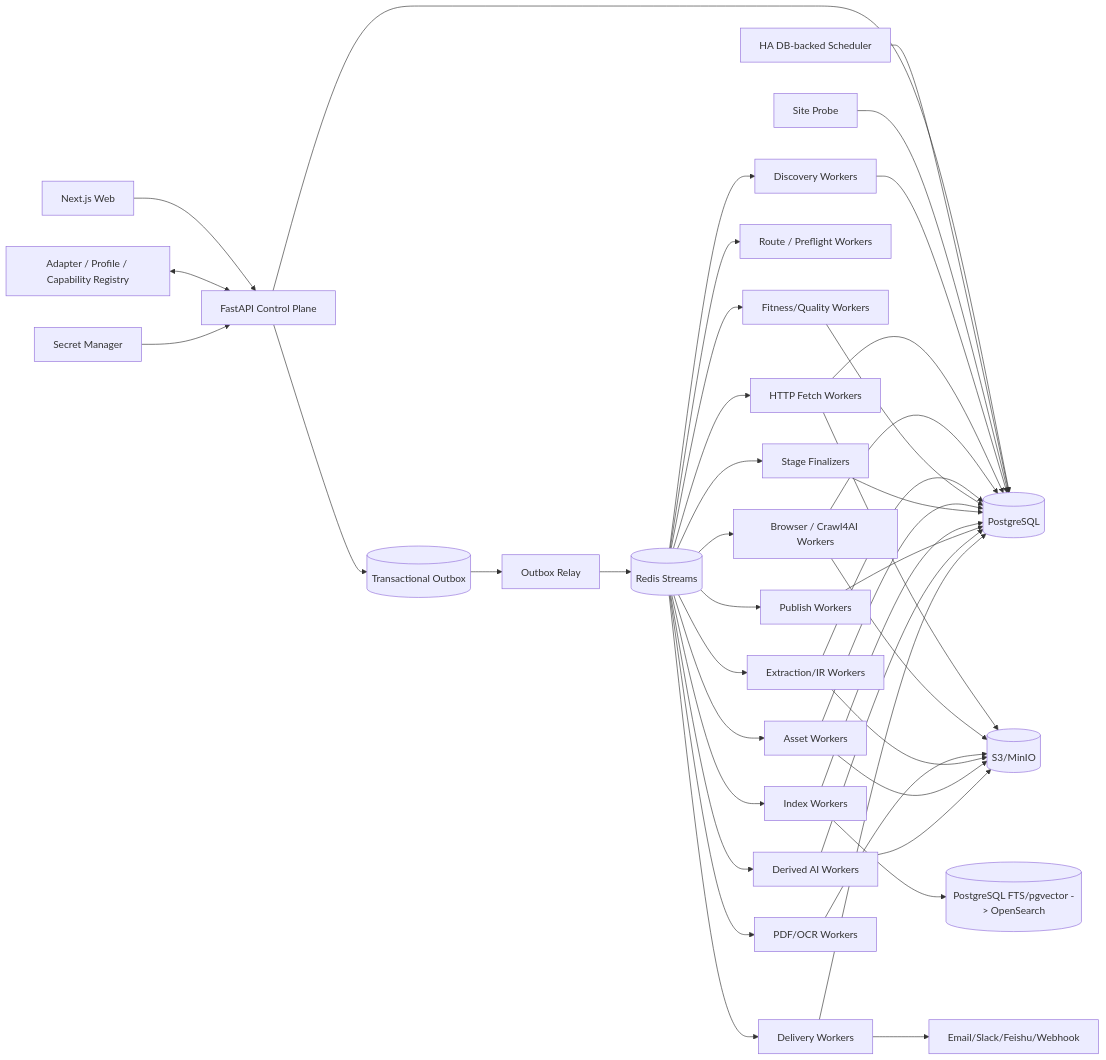
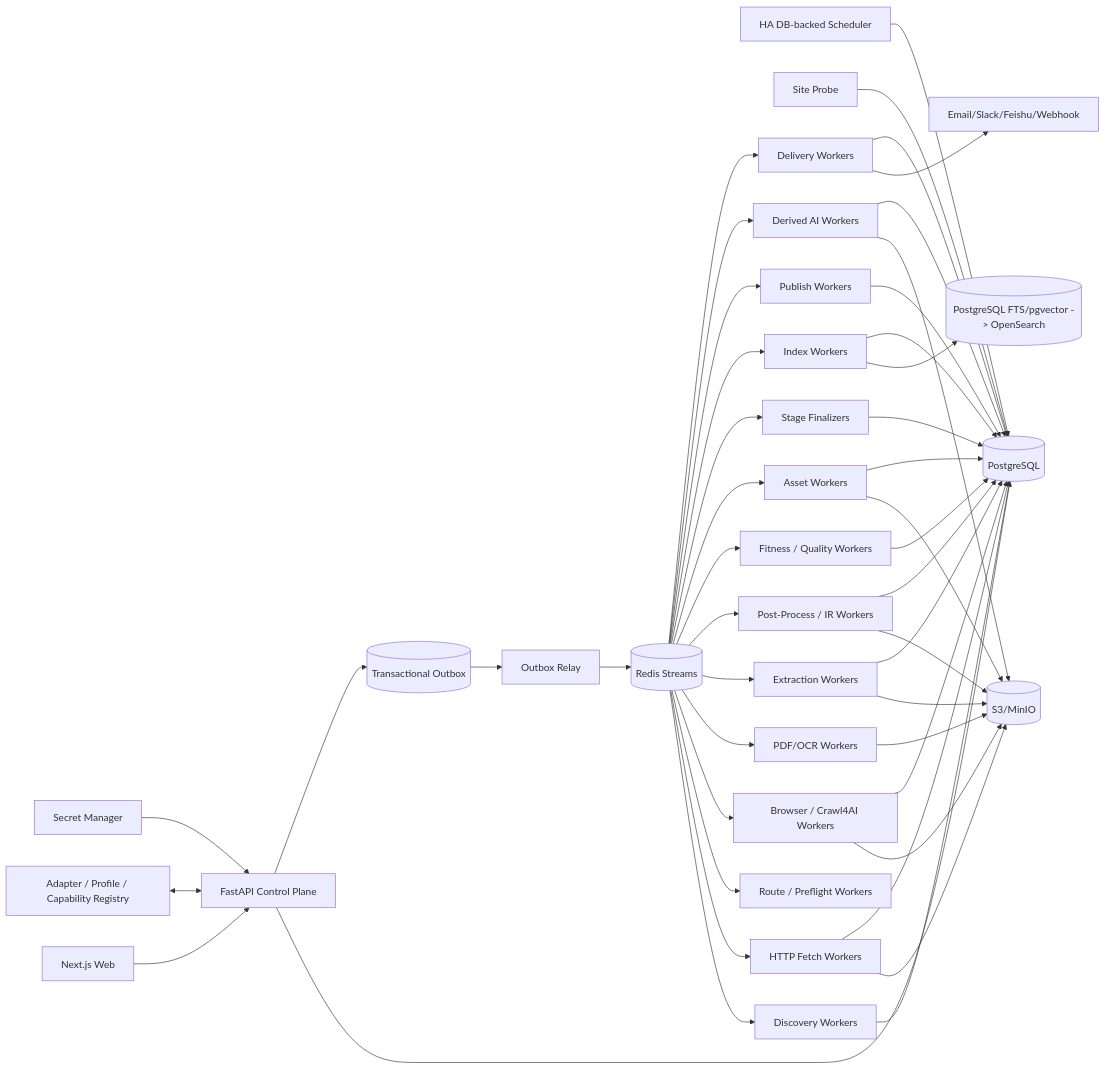
Before and after one commit to WorkerXu/my-doc: the diagram in 博客知识库技术方案.md, drawn with Mermaid. The commit also changed other lines of this file, not shown here.

````diff
--- a/博客知识库技术方案.md
+++ b/博客知识库技术方案.md
@@ -49,50 +50,53 @@
 ```mermaid
 flowchart LR
     UI[Next.js Web] --> API[FastAPI Control Plane]
     API --> PG[(PostgreSQL)]
     API --> OUT[(Transactional Outbox)]
 
     SCH[HA DB-backed Scheduler] --> PG
     REG[Adapter / Profile / Capability Registry] <--> API
     PROBE[Site Probe] --> PG
     SEC[Secret Manager] --> API
 
     OUT --> RELAY[Outbox Relay]
     RELAY --> Q[(Redis Streams)]
 
     Q --> DW[Discovery Workers]
     Q --> HF[HTTP Fetch Workers]
     Q --> RT[Route / Preflight Workers]
     Q --> BW[Browser / Crawl4AI Workers]
     Q --> PDF[PDF/OCR Workers]
-    Q --> EX[Extraction/IR Workers]
-    Q --> QV[Fitness/Quality Workers]
+    Q --> EX[Extraction Workers]
+    Q --> PP[Post-Process / IR Workers]
+    Q --> QV[Fitness / Quality Workers]
     Q --> AW[Asset Workers]
     Q --> FIN[Stage Finalizers]
     Q --> IX[Index Workers]
     Q --> PB[Publish Workers]
     Q --> AI[Derived AI Workers]
     Q --> NT[Delivery Workers]
 
     HF --> OBJ[(S3/MinIO)]
     BW --> OBJ
     PDF --> OBJ
     EX --> OBJ
+    PP --> OBJ
     AW --> OBJ
     AI --> OBJ
 
     IX --> SEARCH[(PostgreSQL FTS/pgvector -> OpenSearch)]
     NT --> CH[Email/Slack/Feishu/Webhook]
 
     DW --> PG
     HF --> PG
     BW --> PG
     EX --> PG
+    PP --> PG
     QV --> PG
     AW --> PG
     FIN --> PG
     IX --> PG
     PB --> PG
     AI --> PG
     NT --> PG
 ```
````
